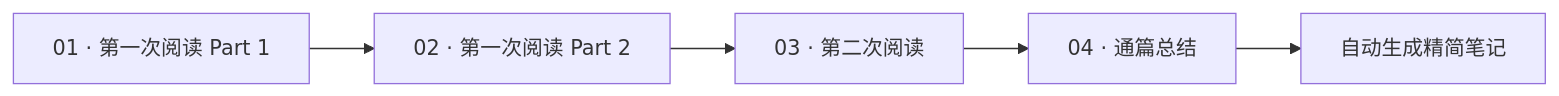
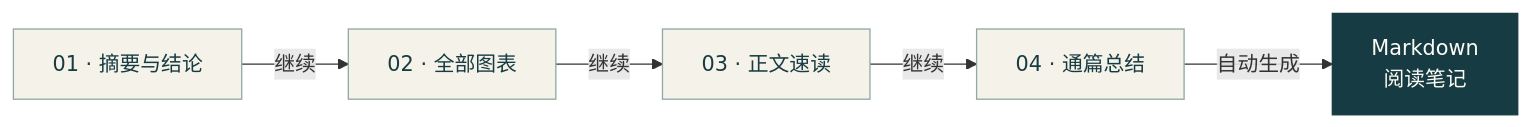
The diagram in README.md (Noahxie83/staged-paper-reading), drawn with Mermaid before and after one commit. The commit also changed other lines of this file and 4 other files, not shown here.

Commit message:
Refresh skill presentation and add reading workflow diagrams

````diff
--- a/README.md
+++ b/README.md
@@ -38,7 +34,12 @@
 ```mermaid
 flowchart LR
-    A["01 · 第一次阅读 Part 1"] --> B["02 · 第一次阅读 Part 2"]
-    B --> C["03 · 第二次阅读"]
-    C --> D["04 · 通篇总结"]
-    D --> N["自动生成精简笔记"]
+    A["01 · 摘要与结论"] -->|继续| B["02 · 全部图表"]
+    B -->|继续| C["03 · 正文速读"]
+    C -->|继续| D["04 · 通篇总结"]
+    D -->|自动生成| N["Markdown<br/>阅读笔记"]
+
+    classDef stage fill:#F5F2E9,stroke:#8FA9A4,color:#173B42,stroke-width:1px;
+    classDef note fill:#173B42,stroke:#173B42,color:#FEFCF6,stroke-width:1px;
+    class A,B,C,D stage;
+    class N note;
 ```
````
